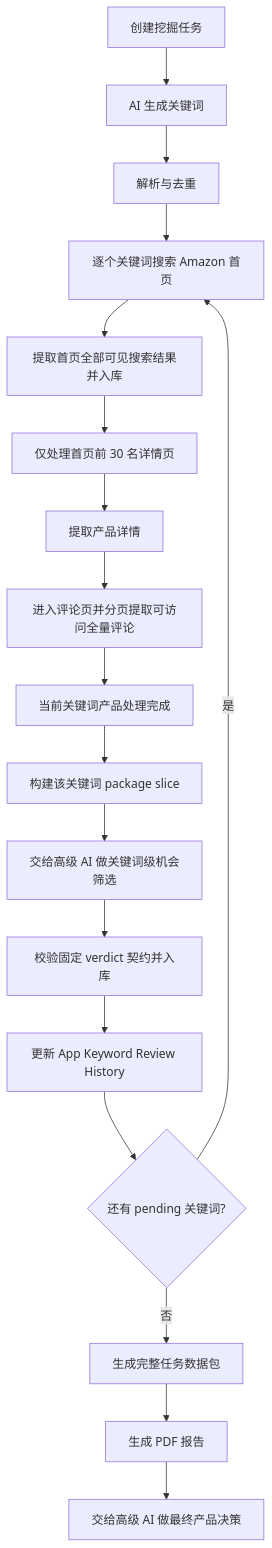
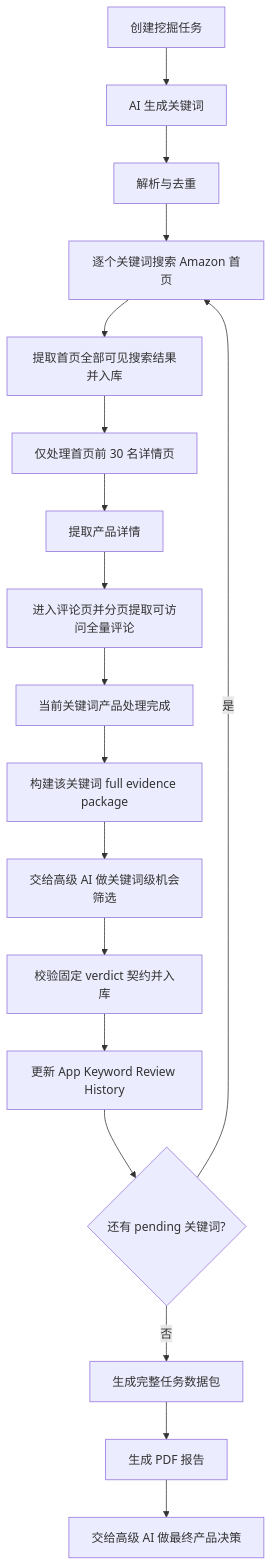
Before and after one commit to ADVISION-X/ASTRA-AGENT: the diagram in docs/法案辅助文件/amazon_product_mining_process.md, drawn with Mermaid. The commit also changed other lines of this file and 76 other files, not shown here.

Commit message:
sync local architecture as source of truth

````diff
--- a/docs/法案辅助文件/amazon_product_mining_process.md
+++ b/docs/法案辅助文件/amazon_product_mining_process.md
@@ -21,20 +21,20 @@
 ```mermaid
 flowchart TD
   A[创建挖掘任务] --> B[AI 生成关键词]
   B --> C[解析与去重]
   C --> D[逐个关键词搜索 Amazon 首页]
   D --> E[提取首页全部可见搜索结果并入库]
   E --> F[仅处理首页前 30 名详情页]
   F --> G[提取产品详情]
   G --> H[进入评论页并分页提取可访问全量评论]
   H --> I[当前关键词产品处理完成]
-  I --> J[构建该关键词 package slice]
+  I --> J[构建该关键词 full evidence package]
   J --> K[交给高级 AI 做关键词级机会筛选]
   K --> L[校验固定 verdict 契约并入库]
   L --> M[更新 App Keyword Review History]
   M --> N{还有 pending 关键词?}
   N -->|是| D
   N -->|否| O[生成完整任务数据包]
   O --> P[生成 PDF 报告]
   P --> Q[交给高级 AI 做最终产品决策]
 ```
````
